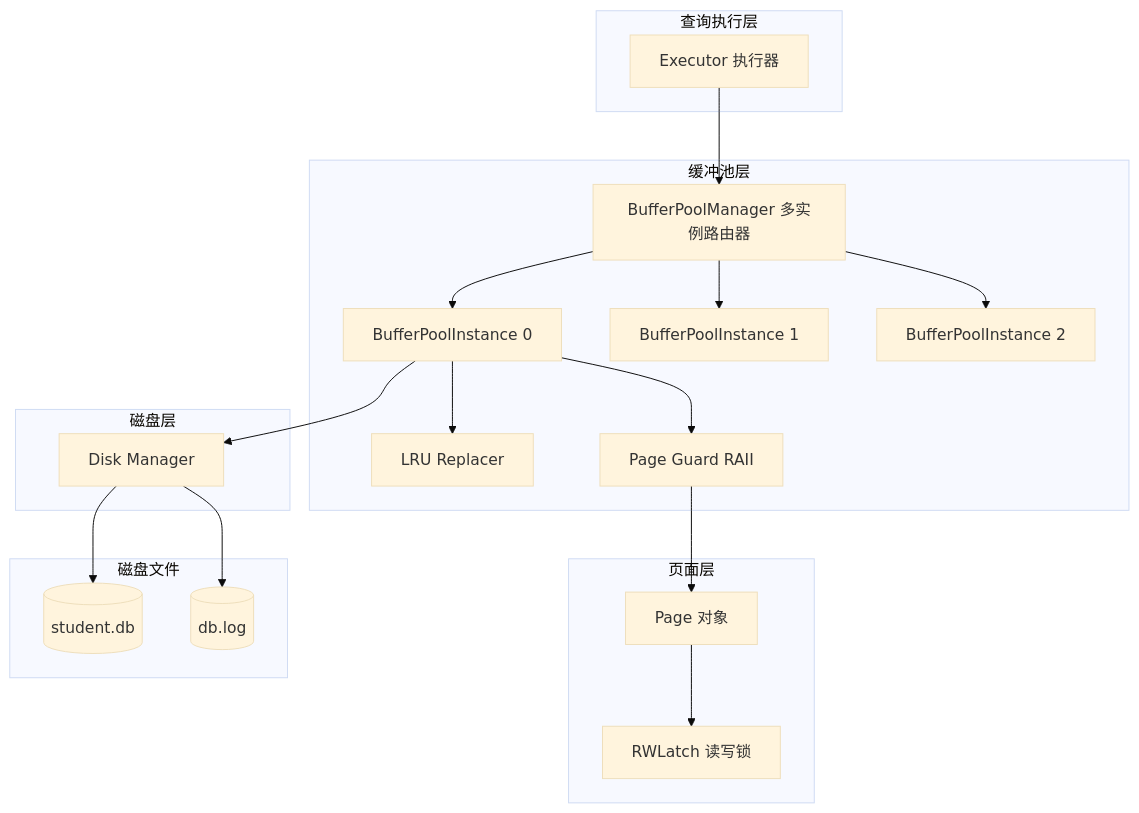
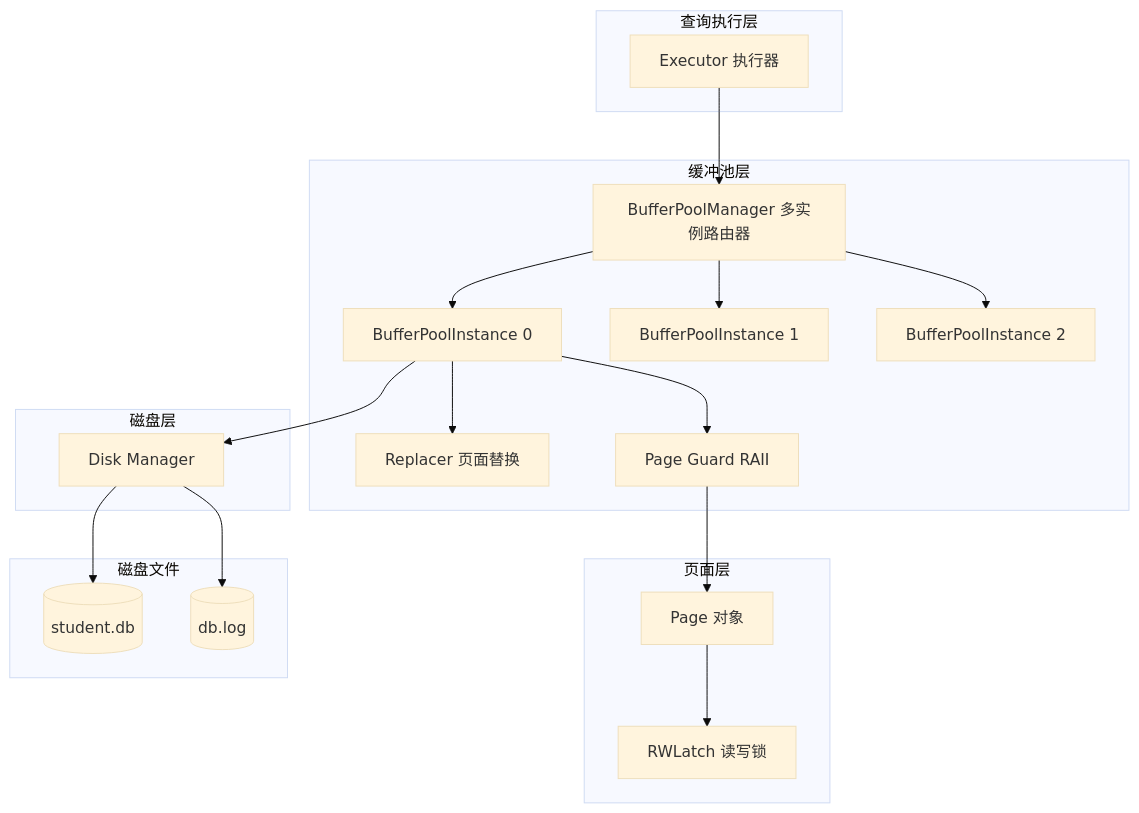
One commit to Dorian7Alden/RMDB-2024-Analyze changed the third of 3 diagrams in my-analysis/01-storage-layer/10-storage-structure-example.md. Above: the diagram before and after it, drawn with Mermaid (base theme). The commit also changed other lines of this file, not shown here.

Commit message:
实例串讲维护：补写操作 mermaid 图、修正 LRU→Replacer、补 11 链接

````diff
--- a/my-analysis/01-storage-layer/10-storage-structure-example.md
+++ b/my-analysis/01-storage-layer/10-storage-structure-example.md
@@ -274,41 +295,41 @@
 ```mermaid
 flowchart TD
     subgraph 查询执行层
         EXE[Executor 执行器]
     end
     
     subgraph 缓冲池层
         BPM[BufferPoolManager 多实例路由器]
         BPI0[BufferPoolInstance 0]
         BPI1[BufferPoolInstance 1]
         BPI2[BufferPoolInstance 2]
-        LRU[LRU Replacer]
+        RP[Replacer 页面替换]
         PG[Page Guard RAII]
     end
     
     subgraph 页面层
         PAGE[Page 对象]
         RWL[RWLatch 读写锁]
     end
     
     subgraph 磁盘层
         DM[Disk Manager]
     end
     
     subgraph 磁盘文件
         DB[(student.db)]
         LOG[(db.log)]
     end
     
     EXE --> BPM
     BPM --> BPI0
     BPM --> BPI1
     BPM --> BPI2
-    BPI0 --> LRU
+    BPI0 --> RP
     BPI0 --> PG
     PG --> PAGE
     PAGE --> RWL
     BPI0 --> DM
     DM --> DB
     DM --> LOG
 ```
````
